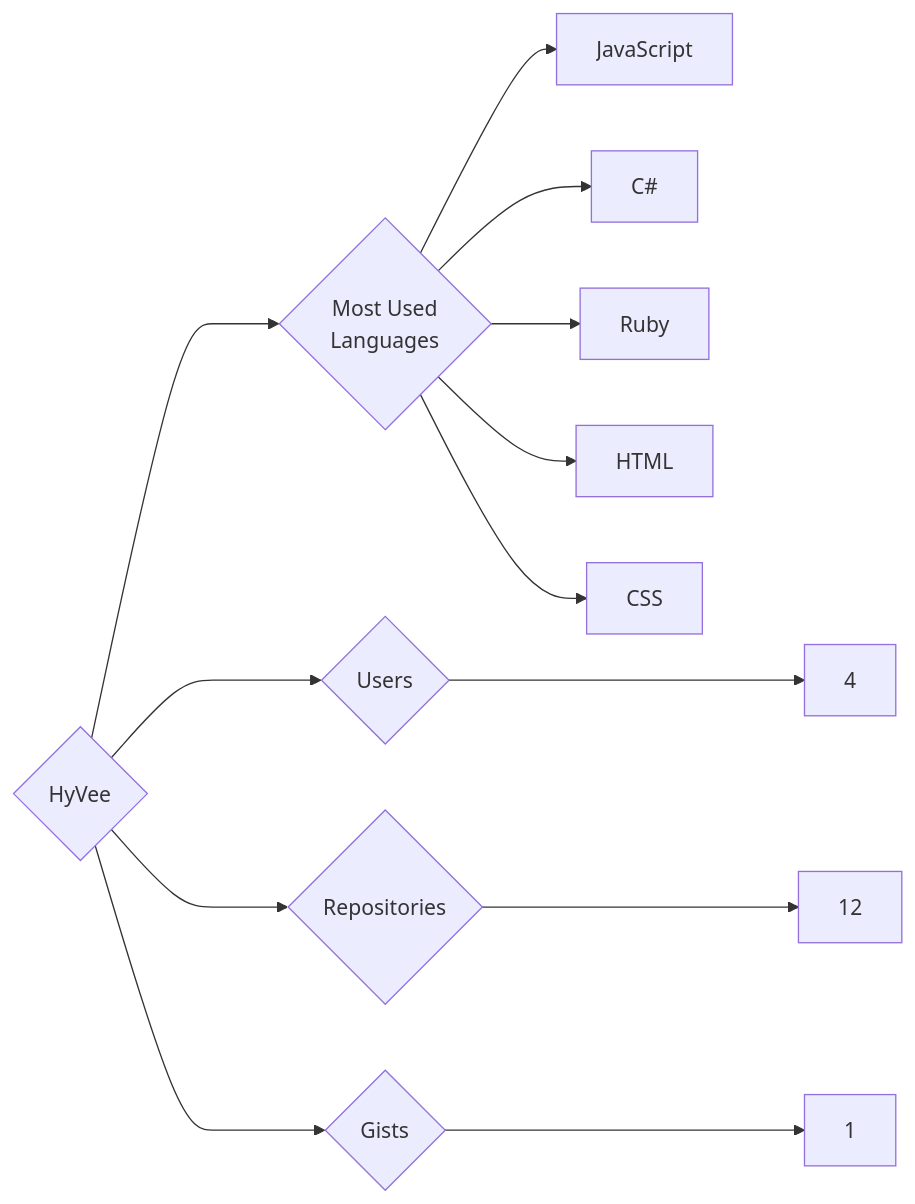
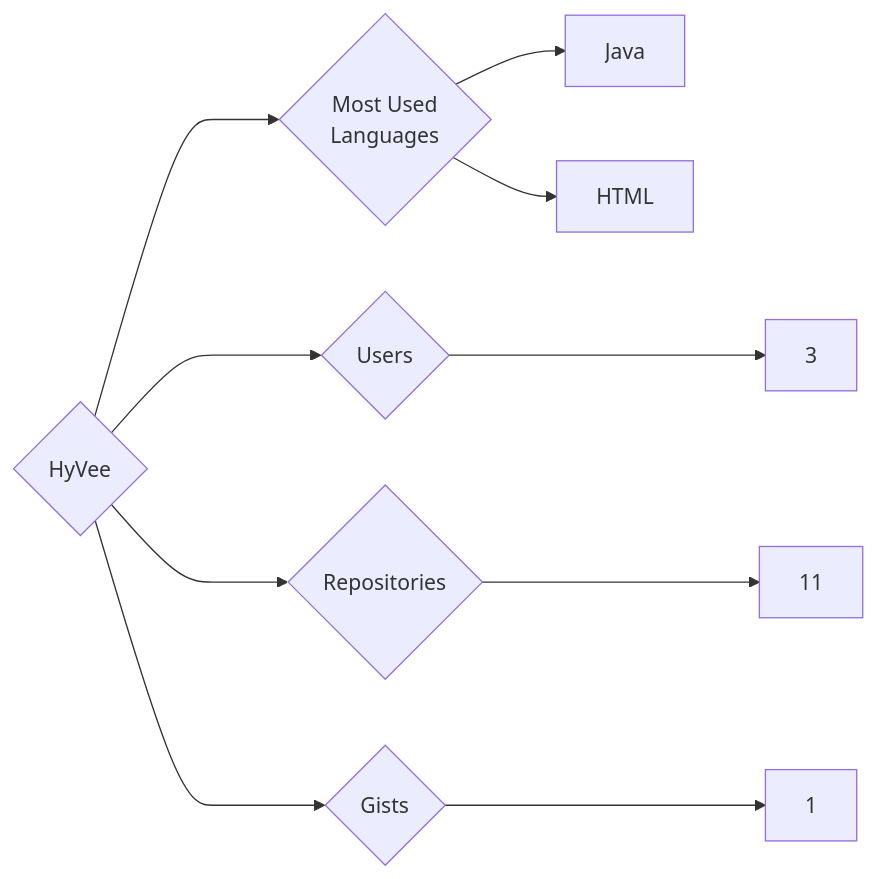
The diagram in targets/HyVee/README.md (trickest/insiders), drawn with Mermaid before and after one commit. The commit also changed 1166 other files, not shown here.

````diff
--- a/targets/HyVee/README.md
+++ b/targets/HyVee/README.md
@@ -3,13 +3,10 @@
 ```mermaid
 graph LR
 COMPANY_NAME{HyVee}
-COMPANY_NAME ---> U{Users} ---> UN[4]
-COMPANY_NAME ---> R{Repositories} ---> RN[12]
+COMPANY_NAME ---> U{Users} ---> UN[3]
+COMPANY_NAME ---> R{Repositories} ---> RN[11]
 COMPANY_NAME ---> G{Gists} ---> GN[1]
 COMPANY_NAME ---> ML{Most Used<br>Languages}
-ML --> JavaScript[JavaScript]
-ML --> C#[C#]
-ML --> Ruby[Ruby]
+ML --> Java[Java]
 ML --> HTML[HTML]
-ML --> CSS[CSS]
 ```
````
